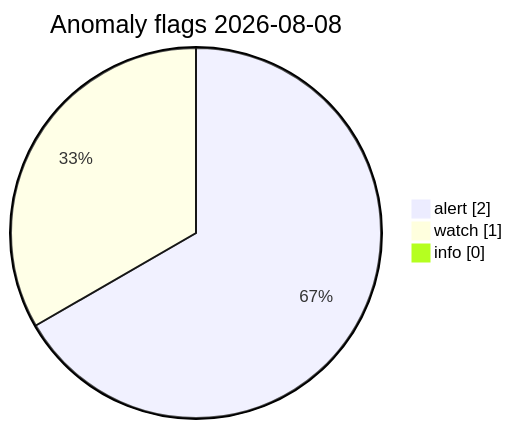
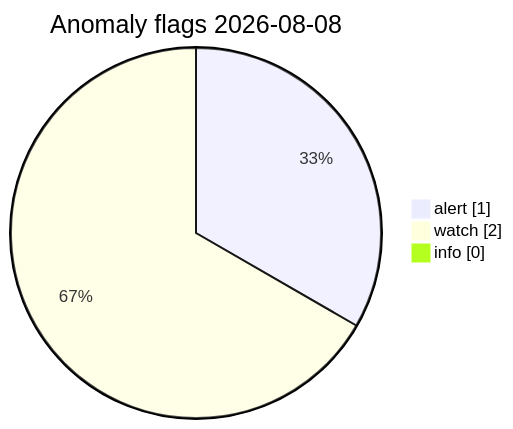
Before and after one commit to Midwest-Stratospheric/Unified-Open-Global-Weather: the diagram in visuals/2026-08-08/CHARTS.md, drawn with Mermaid. The commit also changed other lines of this file and 11 other files, not shown here.

Commit message:
data(visuals): automated charts 2026-08-08T11:03Z

````diff
--- a/visuals/2026-08-08/CHARTS.md
+++ b/visuals/2026-08-08/CHARTS.md
@@ -73,7 +73,7 @@
 ```mermaid
 pie showData
   title Anomaly flags 2026-08-08
-  "alert" : 2
-  "watch" : 1
+  "alert" : 1
+  "watch" : 2
   "info" : 0
 ```
````
